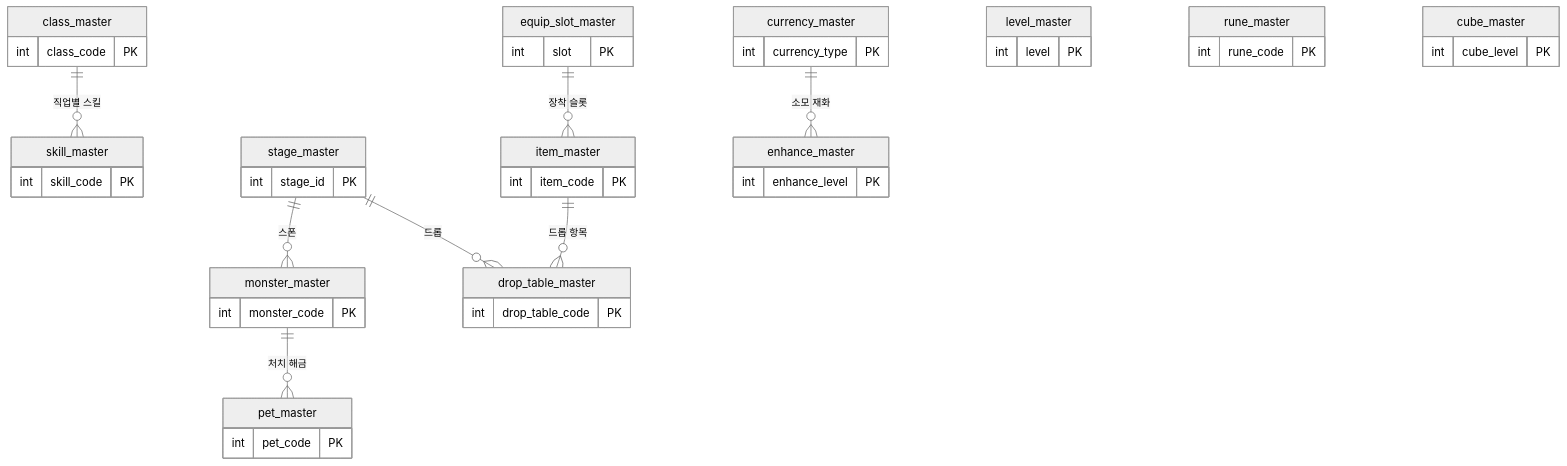
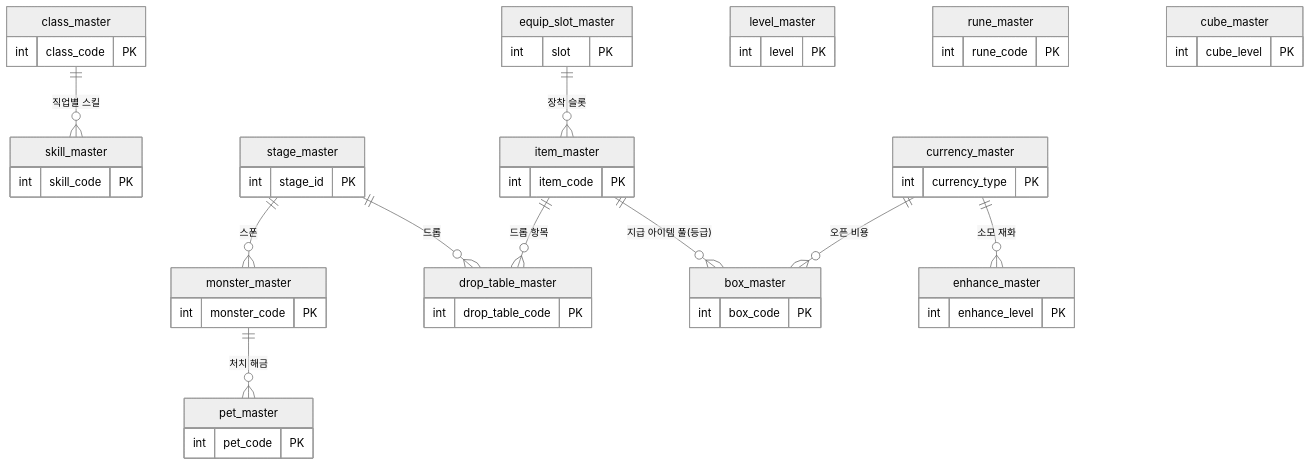
Before and after one commit to ks-wook/com2us-taskbar-hero: the diagram in docs/세부/master-data-기획서.md, drawn with Mermaid (neutral theme). The commit also changed other lines of this file and 6 other files, not shown here.

````diff
--- a/docs/세부/master-data-기획서.md
+++ b/docs/세부/master-data-기획서.md
@@ -44,24 +44,27 @@
 ```mermaid
 erDiagram
     class_master     ||--o{ skill_master      : "직업별 스킬"
     stage_master     ||--o{ monster_master     : "스폰"
     stage_master     ||--o{ drop_table_master  : "드롭"
     monster_master   ||--o{ pet_master         : "처치 해금"
     item_master      ||--o{ drop_table_master  : "드롭 항목"
+    item_master      ||--o{ box_master         : "지급 아이템 풀(등급)"
     equip_slot_master||--o{ item_master        : "장착 슬롯"
     currency_master  ||--o{ enhance_master     : "소모 재화"
+    currency_master  ||--o{ box_master         : "오픈 비용"
 
     class_master { int class_code PK }
     level_master { int level PK }
     item_master { int item_code PK }
     equip_slot_master { int slot PK }
     enhance_master { int enhance_level PK }
     currency_master { int currency_type PK }
     skill_master { int skill_code PK }
     rune_master { int rune_code PK }
     pet_master { int pet_code PK }
     monster_master { int monster_code PK }
     stage_master { int stage_id PK }
     drop_table_master { int drop_table_code PK }
     cube_master { int cube_level PK }
+    box_master { int box_code PK }
 ```
````
